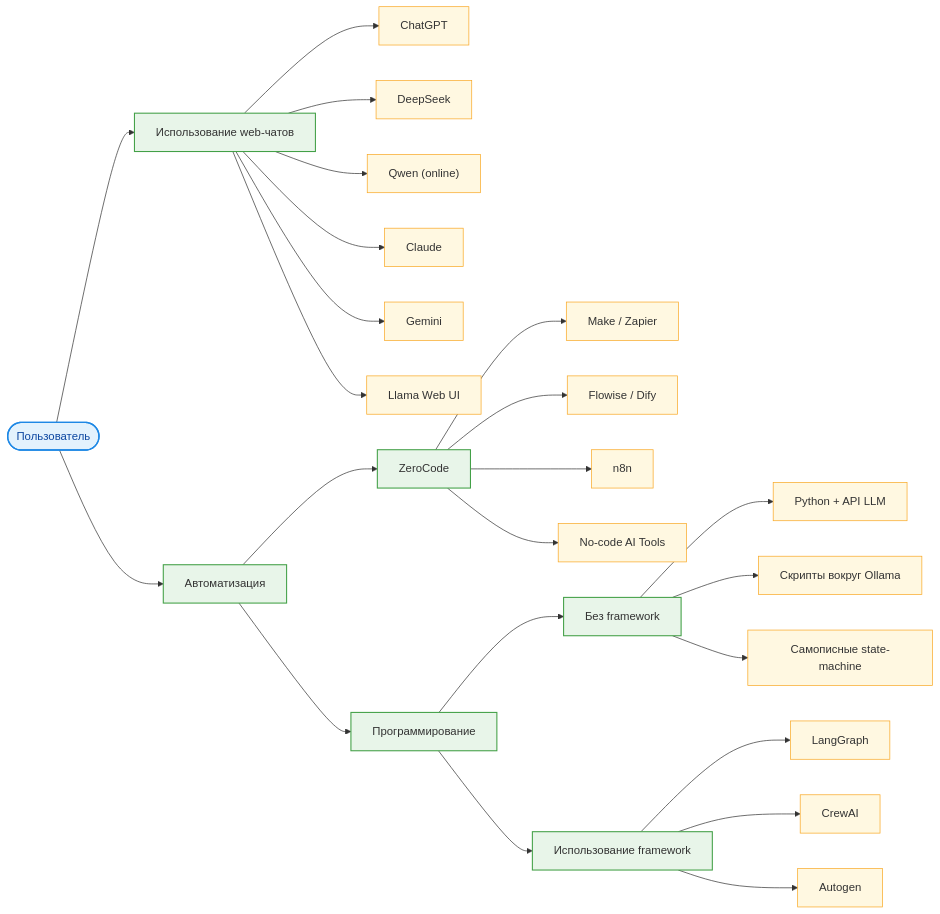
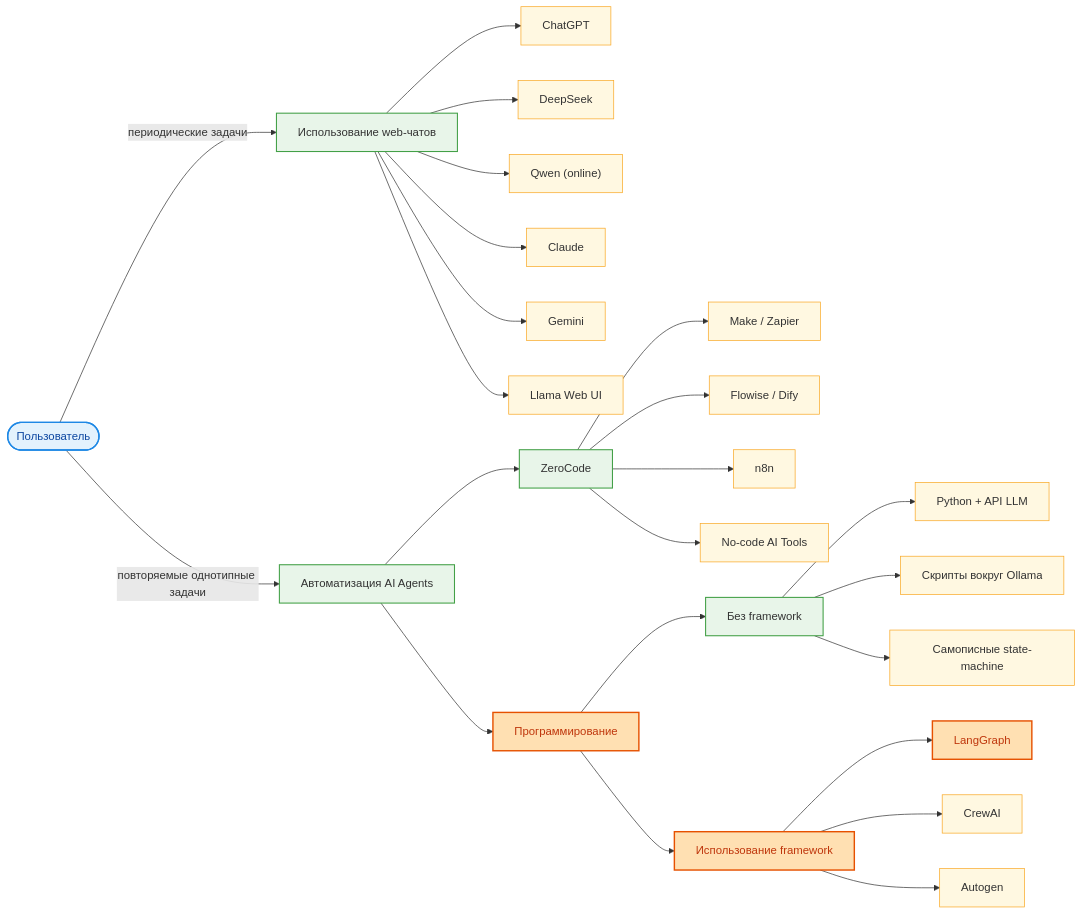
The diagram in roadmap.md (kvoloshenko/LocalMultiAgents_01), drawn with Mermaid before and after one commit.

`````diff
--- a/roadmap.md
+++ b/roadmap.md
@@ -4,58 +4,64 @@
 ```mermaid
 flowchart LR
 
-    %% --- Level 0 ---
+    %% === STYLES ===
+    classDef main fill:#e3f2fd,stroke:#1e88e5,stroke-width:2px,color:#0d47a1;
+    classDef branch fill:#e8f5e9,stroke:#43a047,stroke-width:1.5px;
+    classDef tech fill:#fff8e1,stroke:#f9a825;
+    classDef current fill:#ffe0b2,stroke:#e65100,stroke-width:2px,color:#bf360c;
+
+    %% === Level 0 ===
     U([Пользователь])
 
-    %% --- Level 1: две дороги ---
-    U --> W["Использование web-чатов"]
-    U --> A["Автоматизация"]
+    %% === Level 1 ===
+    U -- "периодические задачи" --> W["Использование web-чатов"]
+    U -- "повторяемые однотипные задачи" --> A["Автоматизация AI Agents"]
 
-    %% --- Level 2A: Использование web-чатов ---
+    %% === Level 2A — Web Chats ===
     W --> W1["ChatGPT"]
     W --> W2["DeepSeek"]
     W --> W3["Qwen (online)"]
     W --> W4["Claude"]
     W --> W5["Gemini"]
     W --> W6["Llama Web UI"]
 
-    %% --- Level 2B: Автоматизация ---
+    %% === Level 2B — Автоматизация ===
     A --> ZC["ZeroCode"]
     A --> PR["Программирование"]
 
-    %% --- Level 3A: ZeroCode ---
+    %% === Level 3A — ZeroCode ===
     ZC --> Z1["Make / Zapier"]
     ZC --> Z2["Flowise / Dify"]
     ZC --> Z3["n8n"]
     ZC --> Z4["No-code AI Tools"]
 
-    %% --- Level 3B: Программирование ---
+    %% === Level 3B — Programming ===
     PR --> P1["Без framework"]
     PR --> P2["Использование framework"]
 
-    %% --- Level 4A: Без framework ---
+    %% === Level 4A — Without Framework ===
     P1 --> NF1["Python + API LLM"]
     P1 --> NF2["Скрипты вокруг Ollama"]
     P1 --> NF3["Самописные state-machine"]
 
-    %% --- Level 4B: Framework пути ---
+    %% === Level 4B — Frameworks ===
     P2 --> FG1["LangGraph"]
     P2 --> FG2["CrewAI"]
     P2 --> FG3["Autogen"]
 
-    %% --- Styling ---
-    classDef main fill:#e3f2fd,stroke:#1e88e5,stroke-width:2px,color:#0d47a1;
-    classDef branch fill:#e8f5e9,stroke:#43a047,stroke-width:1.5px;
-    classDef tech fill:#fff8e1,stroke:#f9a825;
-
+    %% === APPLY STYLES ===
     class U main
     class W,A branch
     class ZC,PR branch
     class P1,P2 branch
 
     class W1,W2,W3,W4,W5,W6 tech
     class Z1,Z2,Z3,Z4 tech
     class NF1,NF2,NF3 tech
     class FG1,FG2,FG3 tech
 
+    %% Highlight current-focus nodes
+    class PR,P2,FG1 current
+
+
 ````
`````
